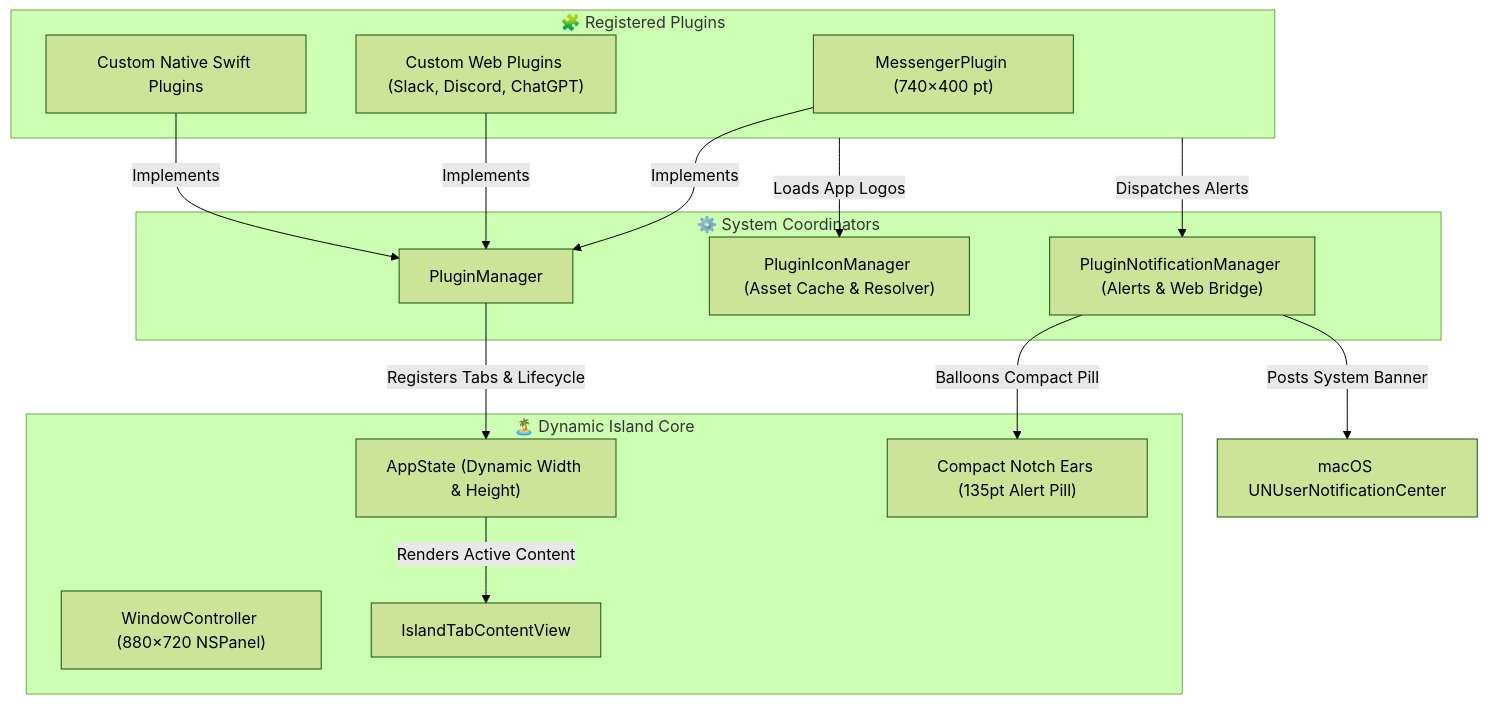
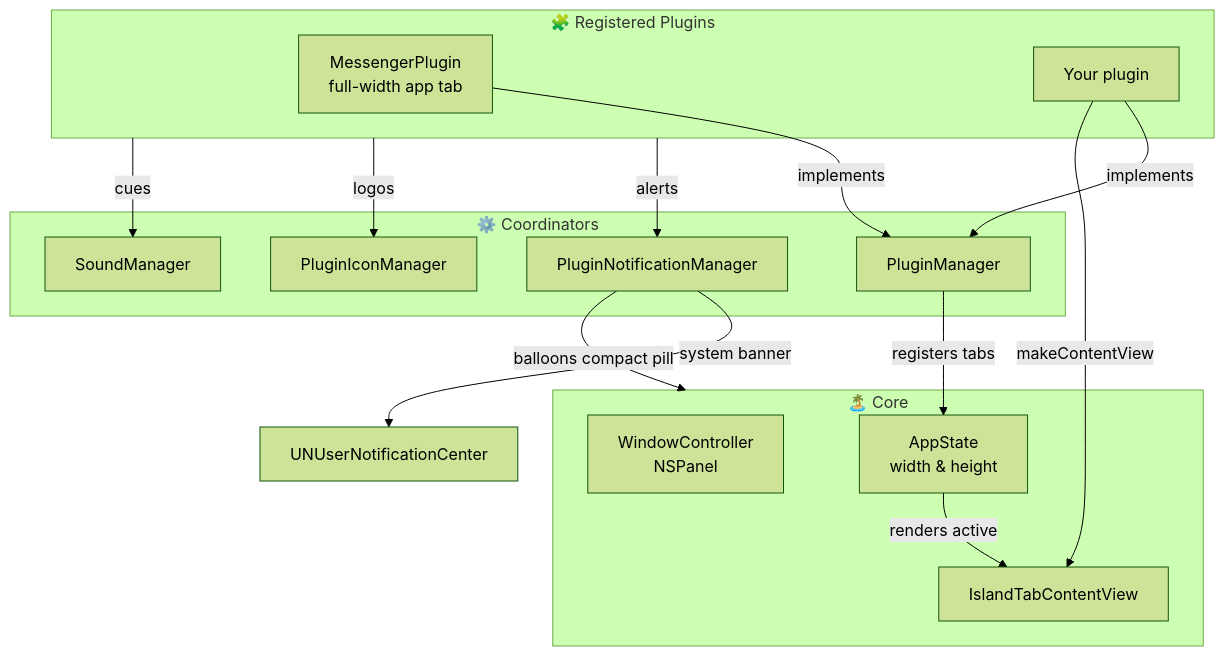
One commit to Vuhuydiet/DynamicIsland changed the diagram in docs/PLUGINS.md. Above: the diagram before and after it, drawn with Mermaid (forest theme). The commit also changed other lines of this file and 11 other files, not shown here.

````diff
--- a/docs/PLUGINS.md
+++ b/docs/PLUGINS.md
@@ -24,34 +26,33 @@
 ```mermaid
 flowchart TD
-    subgraph NotchShell["🏝️ Dynamic Island Core"]
-        WindowCtrl["WindowController (880×720 NSPanel)"]
-        AppState["AppState (Dynamic Width & Height)"]
+    subgraph Core["🏝️ Core"]
+        WindowCtrl["WindowController<br/>NSPanel"]
+        AppState["AppState<br/>width & height"]
         TabHost["IslandTabContentView"]
-        CompactNotch["Compact Notch Ears (135pt Alert Pill)"]
     end
 
-    subgraph Managers["⚙️ System Coordinators"]
+    subgraph Mgrs["⚙️ Coordinators"]
         PluginMgr["PluginManager"]
-        IconMgr["PluginIconManager (Asset Cache & Resolver)"]
-        NotifMgr["PluginNotificationManager (Alerts & Web Bridge)"]
+        IconMgr["PluginIconManager"]
+        NotifMgr["PluginNotificationManager"]
+        SoundMgr["SoundManager"]
     end
 
     subgraph Plugins["🧩 Registered Plugins"]
-        Messenger["MessengerPlugin (740×400 pt)"]
-        CustomWeb["Custom Web Plugins (Slack, Discord, ChatGPT)"]
-        NativeTool["Custom Native Swift Plugins"]
+        Messenger["MessengerPlugin<br/>full-width app tab"]
+        Custom["Your plugin"]
     end
 
-    Messenger -->|"Implements"| PluginMgr
-    CustomWeb -->|"Implements"| PluginMgr
-    NativeTool -->|"Implements"| PluginMgr
+    Messenger -->|"implements"| PluginMgr
+    Custom -->|"implements"| PluginMgr
+    PluginMgr -->|"registers tabs"| AppState
+    AppState -->|"renders active"| TabHost
+    Custom -->|"makeContentView"| TabHost
 
-    PluginMgr -->|"Registers Tabs & Lifecycle"| AppState
-    AppState -->|"Renders Active Content"| TabHost
+    Plugins -->|"alerts"| NotifMgr
+    NotifMgr -->|"balloons compact pill"| Core
+    NotifMgr -->|"system banner"| macOS["UNUserNotificationCenter"]
 
-    Plugins -->|"Dispatches Alerts"| NotifMgr
-    NotifMgr -->|"Balloons Compact Pill"| CompactNotch
-    NotifMgr -->|"Posts System Banner"| macOS["macOS UNUserNotificationCenter"]
-
-    Plugins -->|"Loads App Logos"| IconMgr
+    Plugins -->|"logos"| IconMgr
+    Plugins -->|"cues"| SoundMgr
 ```
````
